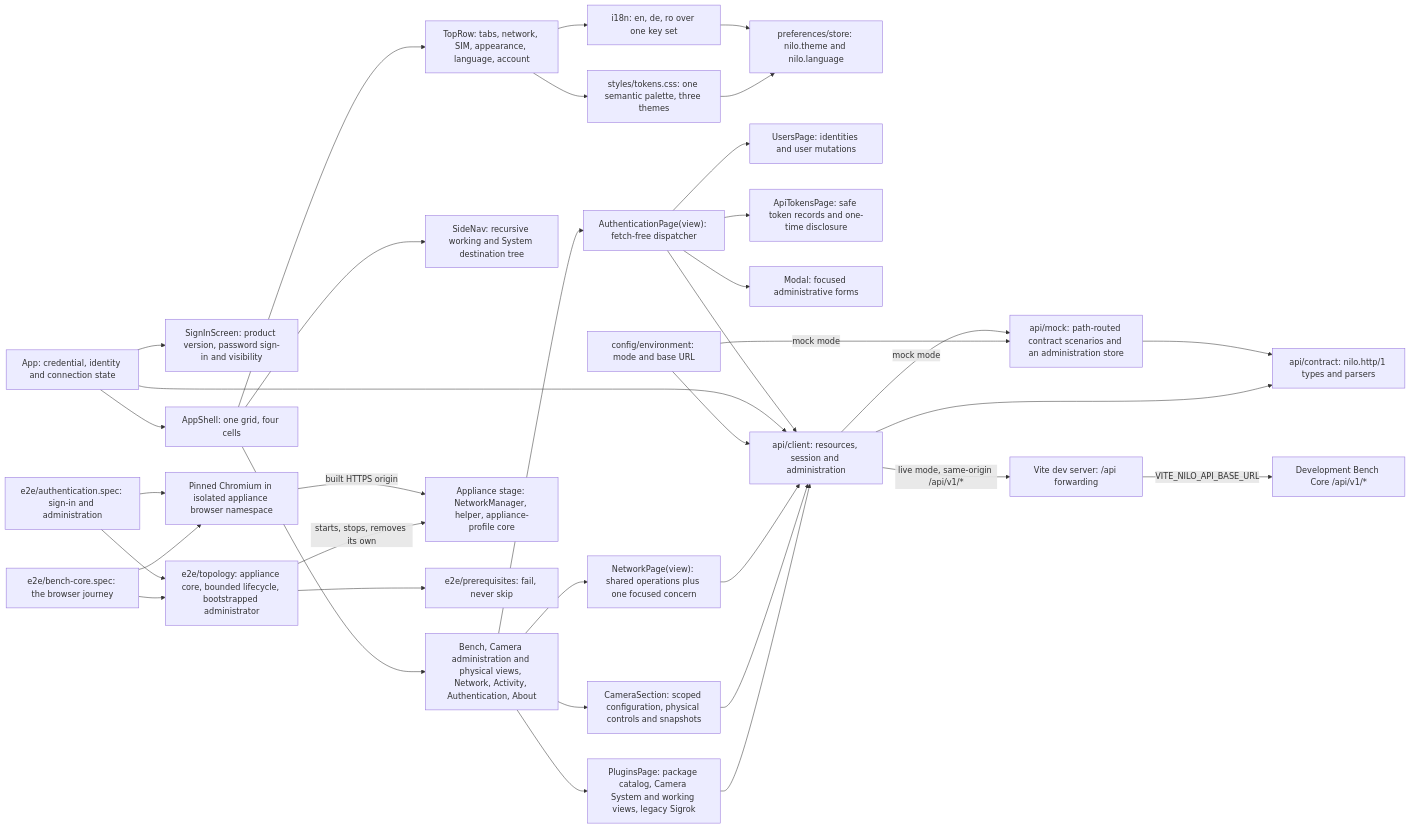
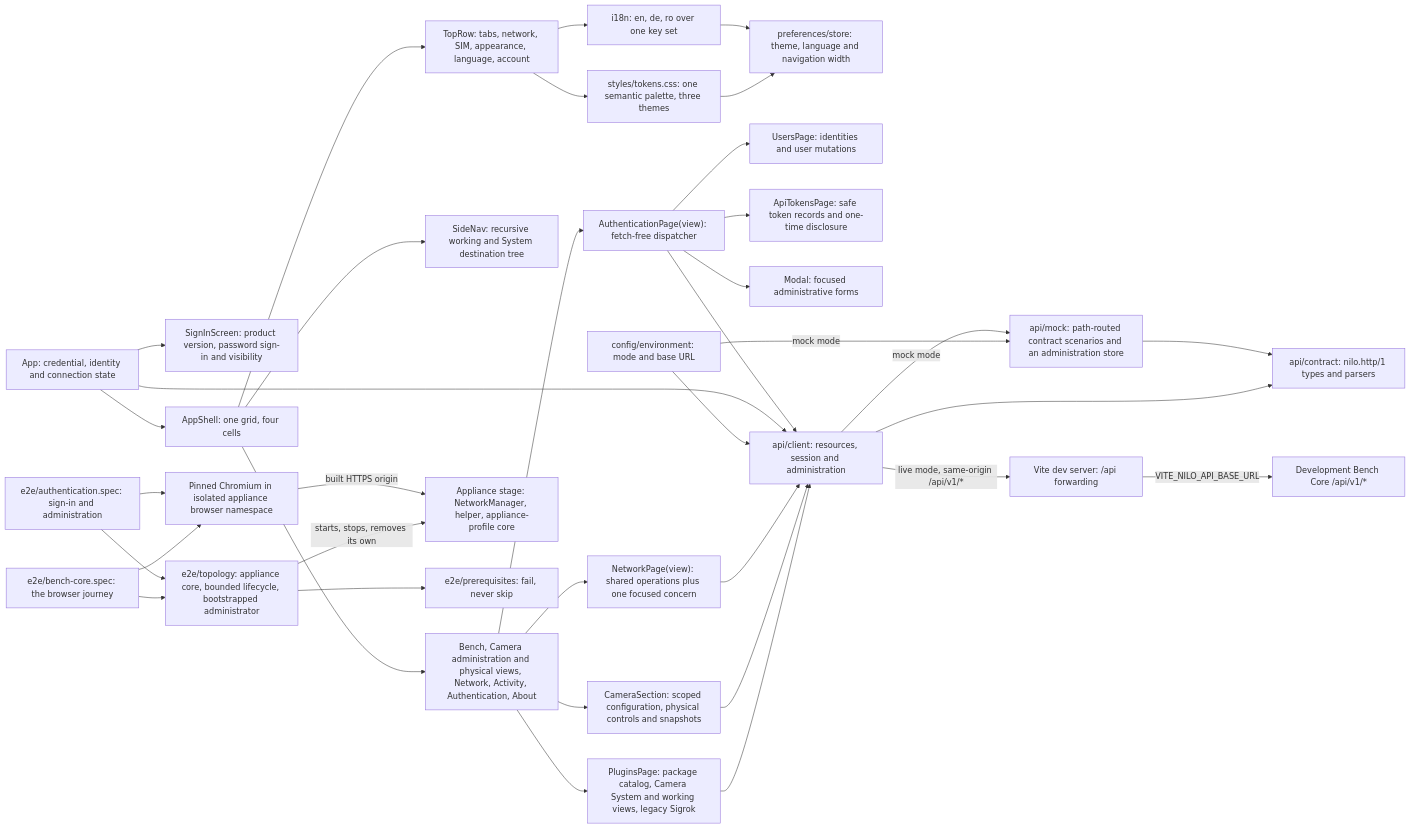
The diagram in .agentic/knowledge/gui-foundation.md (DDP-Engineering/2026_Networked_Intelligent_Lab_Orchestrator), drawn with Mermaid before and after one commit. The commit also changed other lines of this file and 14 other files, not shown here.

````diff
--- a/.agentic/knowledge/gui-foundation.md
+++ b/.agentic/knowledge/gui-foundation.md
@@ -294,64 +302,64 @@
 ```mermaid
 flowchart LR
     app["App: credential, identity and connection state"]
     signin["SignInScreen: product version, password sign-in and visibility"]
     shell["AppShell: one grid, four cells"]
     toprow["TopRow: tabs, network, SIM, appearance, language, account"]
     sidenav["SideNav: recursive working and System destination tree"]
     pages["Bench, Camera administration and physical views, Network, Activity, Authentication, About"]
     tokens["styles/tokens.css: one semantic palette, three themes"]
     catalogue["i18n: en, de, ro over one key set"]
-    prefs["preferences/store: nilo.theme and nilo.language"]
+    prefs["preferences/store: theme, language and navigation width"]
     admin["AuthenticationPage(view): fetch-free dispatcher"]
     users["UsersPage: identities and user mutations"]
     apitokens["ApiTokensPage: safe token records and one-time disclosure"]
     netpage["NetworkPage(view): shared operations plus one focused concern"]
     modal["Modal: focused administrative forms"]
     env["config/environment: mode and base URL"]
     client["api/client: resources, session and administration"]
     contract["api/contract: nilo.http/1 types and parsers"]
     mock["api/mock: path-routed contract scenarios and an administration store"]
     proxy["Vite dev server: /api forwarding"]
     backend["Development Bench Core /api/v1/*"]
     appliance["Appliance stage: NetworkManager, helper, appliance-profile core"]
     app --> signin
     app --> shell
     shell --> toprow
     shell --> sidenav
     shell --> pages
     pages --> instruments["PluginsPage: package catalog, Camera System and working views, legacy Sigrok"]
     instruments --> client
     pages --> camera["CameraSection: scoped configuration, physical controls and snapshots"]
     camera --> client
     pages --> admin
     admin --> users
     admin --> apitokens
     pages --> netpage
     netpage --> client
     admin --> modal
     toprow --> tokens
     toprow --> catalogue
     tokens --> prefs
     catalogue --> prefs
     env --> client
     env -- "mock mode" --> mock
     client --> contract
     mock --> contract
     app --> client
     admin --> client
     client -- "live mode, same-origin /api/v1/*" --> proxy
     proxy -- "VITE_NILO_API_BASE_URL" --> backend
     client -- "mock mode" --> mock
     harness["e2e/topology: appliance core, bounded lifecycle, bootstrapped administrator"]
     prereq["e2e/prerequisites: fail, never skip"]
     spec["e2e/bench-core.spec: the browser journey"]
     adminspec["e2e/authentication.spec: sign-in and administration"]
     browser["Pinned Chromium in isolated appliance browser namespace"]
     harness --> prereq
     harness -- "starts, stops, removes its own" --> appliance
     spec --> harness
     adminspec --> harness
     spec --> browser
     adminspec --> browser
     browser -- "built HTTPS origin" --> appliance
 ```
````
